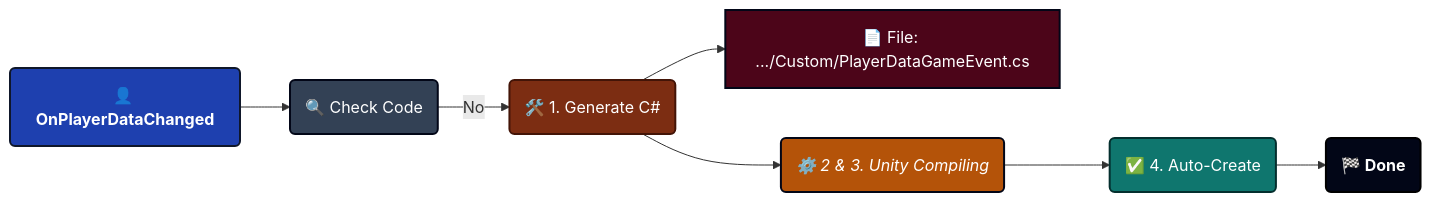
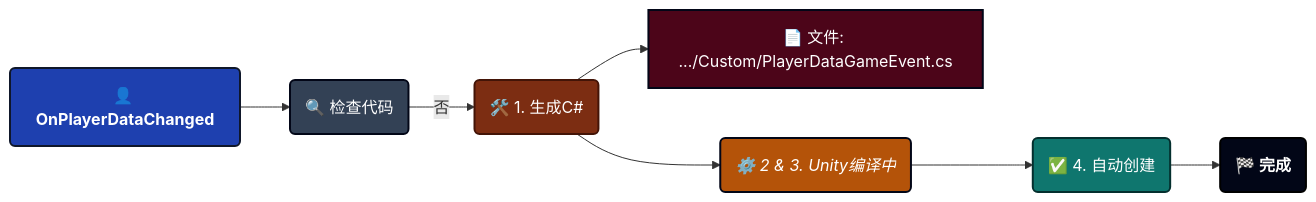
The third of 4 diagrams in i18n/zh/docusaurus-plugin-content-docs/current/game-event-system/visual-workflow/game-event-creator.md (tinygiants-tech/TinyGiants), drawn with Mermaid before and after one commit. The commit also changed other lines of this file and 7 other files, not shown here.

````diff
--- a/i18n/zh/docusaurus-plugin-content-docs/current/game-event-system/visual-workflow/game-event-creator.md
+++ b/i18n/zh/docusaurus-plugin-content-docs/current/game-event-system/visual-workflow/game-event-creator.md
@@ -311,24 +309,24 @@
 ```mermaid
 graph LR
  
     classDef event fill:#1e40af,stroke:#0f172a,stroke-width:2px,color:#ffffff,font-weight:bold
     classDef decision fill:#334155,stroke:#020617,stroke-width:2px,color:#ffffff
     classDef step fill:#0f766e,stroke:#042f2e,stroke-width:2px,color:#ffffff
     classDef warning fill:#7c2d12,stroke:#431407,stroke-width:2px,color:#ffffff
     classDef wait fill:#b45309,stroke:#020617,stroke-width:2px,color:#ffffff,font-style:italic
     classDef system fill:#020617,stroke:#000000,stroke-width:2px,color:#ffffff,font-weight:bold
 
     classDef file fill:#4c0519,stroke:#020617,stroke-width:2px,color:#ffffff
 
-    A(👤 OnPlayerDataChanged):::event --> B(🔍 Check Code):::decision
+    A(👤 OnPlayerDataChanged):::event --> B(🔍 检查代码):::decision
     
-    B -- "No" --> C(🛠️ 1. Generate C#):::warning
+    B -- "否" --> C(🛠️ 1. 生成C#):::warning
     
-    C --> P[📄 File: .../Custom/PlayerDataGameEvent.cs]:::file
+    C --> P[📄 文件: .../Custom/PlayerDataGameEvent.cs]:::file
 
-    C --> D(⚙️ 2 & 3. Unity Compiling):::wait
+    C --> D(⚙️ 2 & 3. Unity编译中):::wait
     
-    D --> E(✅ 4. Auto-Create):::step
+    D --> E(✅ 4. 自动创建):::step
     
-    E --> F(🏁 Done):::system
+    E --> F(🏁 完成):::system
 ```
````
